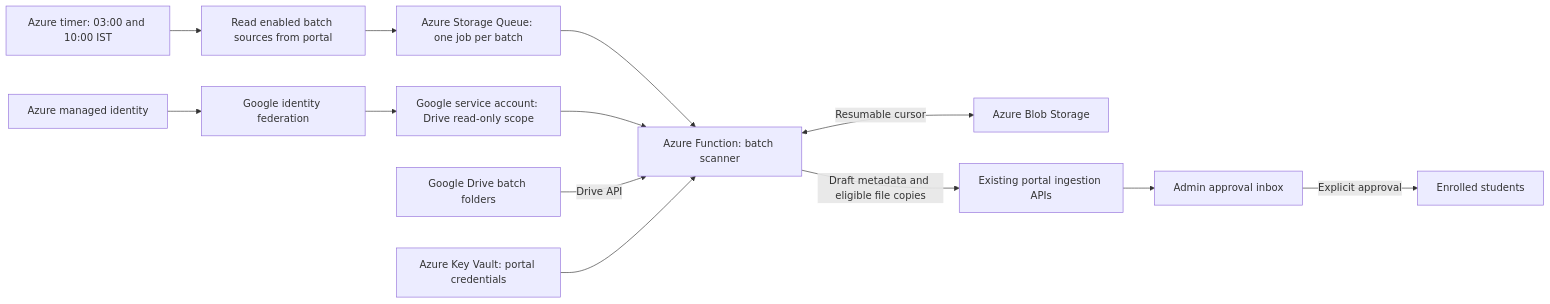
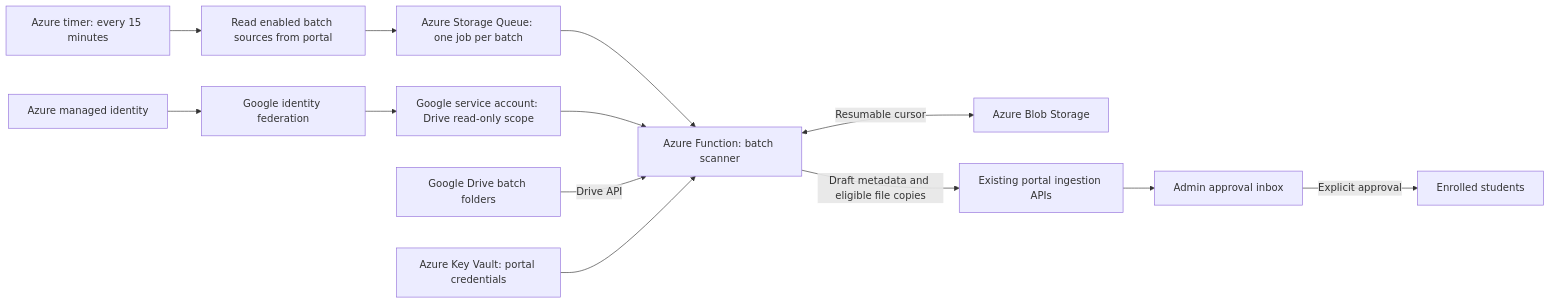
The diagram in azure/README.md (Arks-Global-Asia/arks-global-asia-campus), drawn with Mermaid before and after one commit. The commit also changed other lines of this file and 86 other files, not shown here.

Commit message:
feat(release): ship ARKS Global Asia Campus v2 portal, assessment engine, and Azure automation suite

````diff
--- a/azure/README.md
+++ b/azure/README.md
@@ -11,15 +11,15 @@
 ```mermaid
 flowchart LR
-  A[Azure timer: 03:00 and 10:00 IST] --> B[Read enabled batch sources from portal]
+  A[Azure timer: every 15 minutes] --> B[Read enabled batch sources from portal]
   B --> C[Azure Storage Queue: one job per batch]
   C --> D[Azure Function: batch scanner]
   M[Azure managed identity] --> T[Google identity federation]
   T --> S[Google service account: Drive read-only scope]
   S --> D
   G[Google Drive batch folders] -->|Drive API| D
   K[Azure Key Vault: portal credentials] --> D
   D <-->|Resumable cursor| Q[Azure Blob Storage]
   D -->|Draft metadata and eligible file copies| P[Existing portal ingestion APIs]
   P --> R[Admin approval inbox]
   R -->|Explicit approval| U[Enrolled students]
 ```
````
